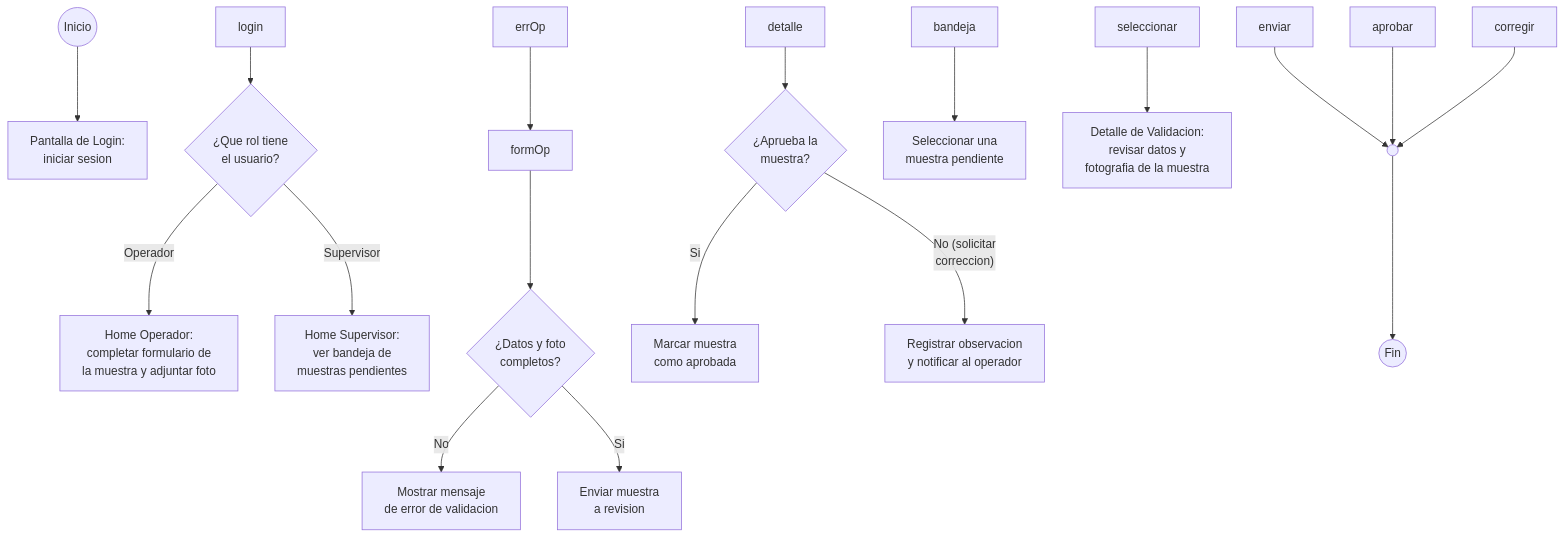
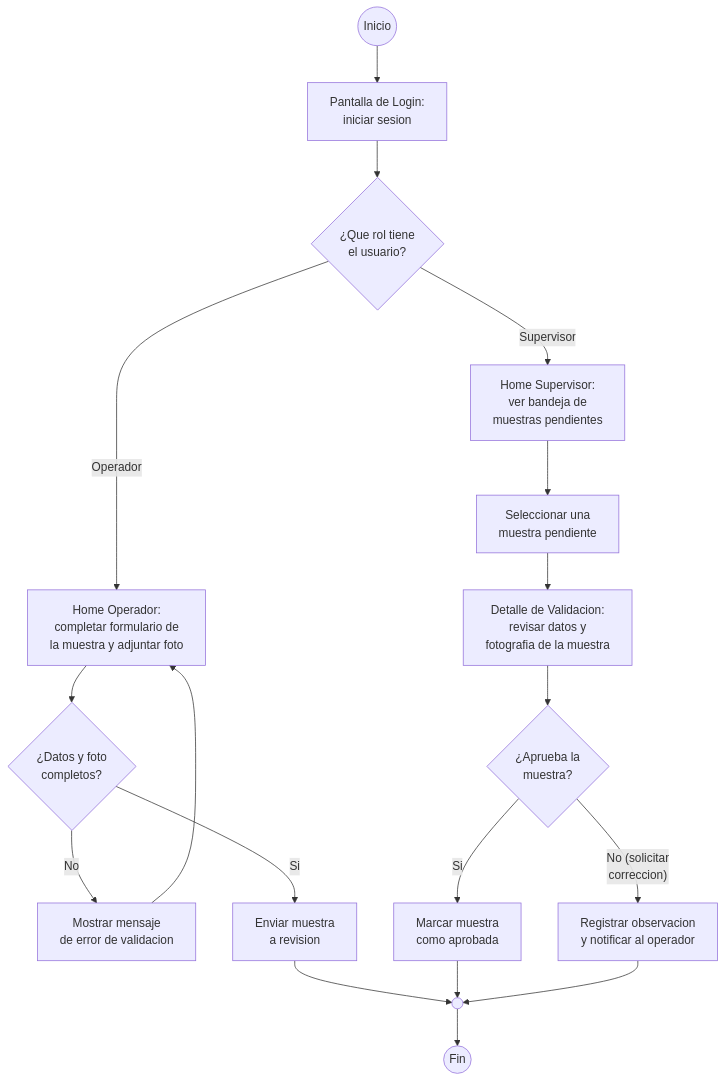
Before and after one commit to Catal2s/AquaSample-DSY1105: the second of 2 diagrams in README.md, drawn with Mermaid. The commit also changed other lines of this file, not shown here.

````diff
--- a/README.md
+++ b/README.md
@@ -181,23 +196,23 @@
 ```mermaid
 flowchart TD
-    start(("Inicio")) --> login\["Pantalla de Login:<br/>iniciar sesion"]
+    start(("Inicio")) --> login["Pantalla de Login:<br/>iniciar sesion"]
     login --> dec1{"¿Que rol tiene<br/>el usuario?"}
 
-    dec1 -->|Operador| formOp\["Home Operador:<br/>completar formulario de<br/>la muestra y adjuntar foto"]
+    dec1 -->|Operador| formOp["Home Operador:<br/>completar formulario de<br/>la muestra y adjuntar foto"]
     formOp --> dec2{"¿Datos y foto<br/>completos?"}
-    dec2 -->|No| errOp\["Mostrar mensaje<br/>de error de validacion"]
+    dec2 -->|No| errOp["Mostrar mensaje<br/>de error de validacion"]
     errOp --> formOp
-    dec2 -->|Si| enviar\["Enviar muestra<br/>a revision"]
+    dec2 -->|Si| enviar["Enviar muestra<br/>a revision"]
     enviar --> merge((" "))
 
-    dec1 -->|Supervisor| bandeja\["Home Supervisor:<br/>ver bandeja de<br/>muestras pendientes"]
-    bandeja --> seleccionar\["Seleccionar una<br/>muestra pendiente"]
-    seleccionar --> detalle\["Detalle de Validacion:<br/>revisar datos y<br/>fotografia de la muestra"]
+    dec1 -->|Supervisor| bandeja["Home Supervisor:<br/>ver bandeja de<br/>muestras pendientes"]
+    bandeja --> seleccionar["Seleccionar una<br/>muestra pendiente"]
+    seleccionar --> detalle["Detalle de Validacion:<br/>revisar datos y<br/>fotografia de la muestra"]
     detalle --> dec3{"¿Aprueba la<br/>muestra?"}
-    dec3 -->|Si| aprobar\["Marcar muestra<br/>como aprobada"]
+    dec3 -->|Si| aprobar["Marcar muestra<br/>como aprobada"]
     aprobar --> merge
-    dec3 -->|"No (solicitar<br/>correccion)"| corregir\["Registrar observacion<br/>y notificar al operador"]
+    dec3 -->|"No (solicitar<br/>correccion)"| corregir["Registrar observacion<br/>y notificar al operador"]
     corregir --> merge
 
     merge --> stop(("Fin"))
 ```
````
